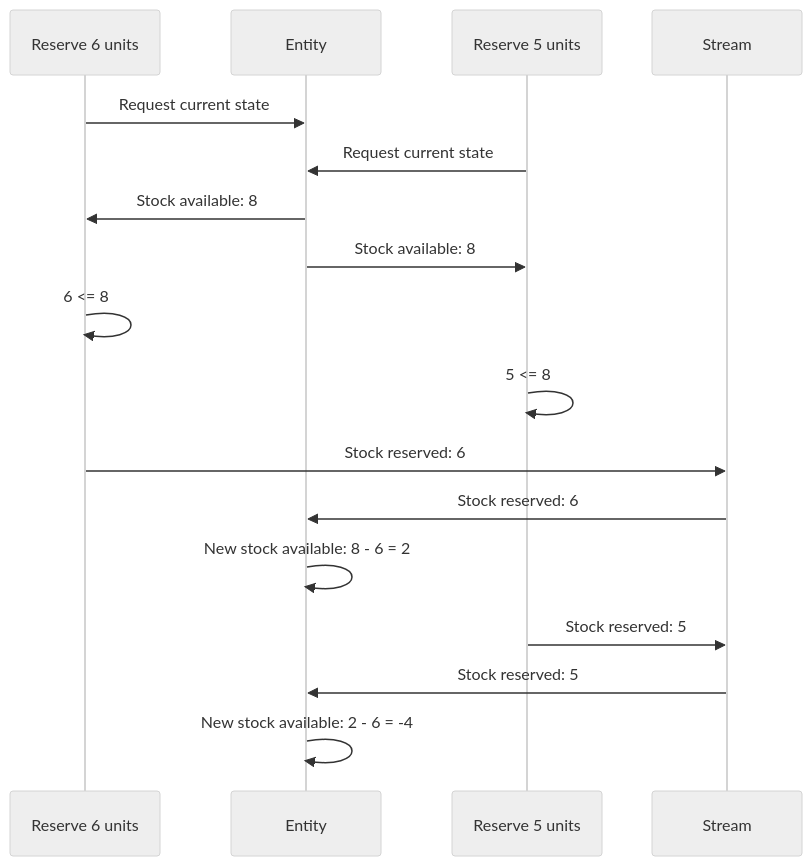
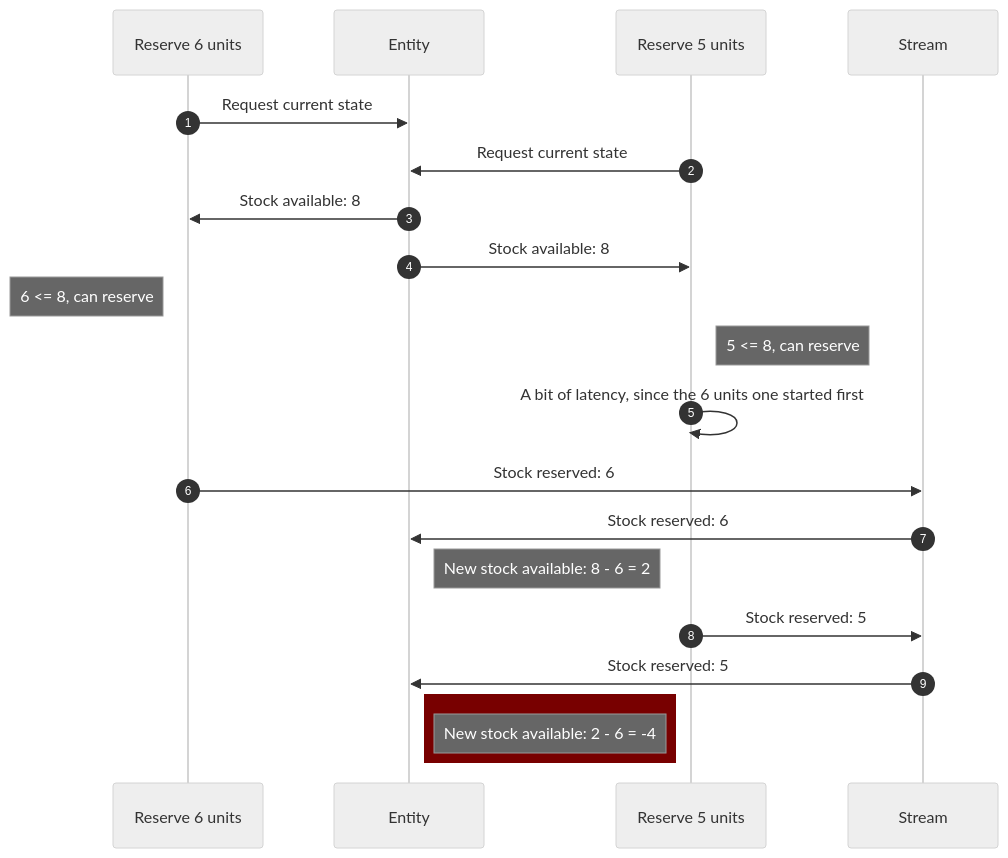
The diagram in rfc.md (JYCabello/yeray-booster-tryout), drawn with Mermaid (neutral theme) before and after one commit.

Commit message:
gorgeous diagram

````diff
--- a/rfc.md
+++ b/rfc.md
@@ -56,15 +56,19 @@
 ```mermaid
 sequenceDiagram
+  autonumber
   Reserve 6 units ->> Entity: Request current state
   Reserve 5 units ->> Entity: Request current state
   Entity ->> Reserve 6 units: Stock available: 8
   Entity ->> Reserve 5 units: Stock available: 8
-  Reserve 6 units ->> Reserve 6 units: 6 <= 8
-  Reserve 5 units ->> Reserve 5 units: 5 <= 8
+  Note left of Reserve 6 units: 6 <= 8, can reserve
+  Note right of Reserve 5 units: 5 <= 8, can reserve
+  Reserve 5 units ->> Reserve 5 units: A bit of latency, since the 6 units one started first
   Reserve 6 units ->> Stream: Stock reserved: 6
   Stream ->> Entity: Stock reserved: 6
-  Entity ->> Entity: New stock available: 8 - 6 = 2
+  Note right of Entity: New stock available: 8 - 6 = 2
   Reserve 5 units ->> Stream: Stock reserved: 5
   Stream ->> Entity: Stock reserved: 5
-  Entity ->> Entity: New stock available: 2 - 6 = -4
+  rect rgb(120, 0, 0)
+    Note right of Entity: New stock available: 2 - 6 = -4
+  end
 ```
````
